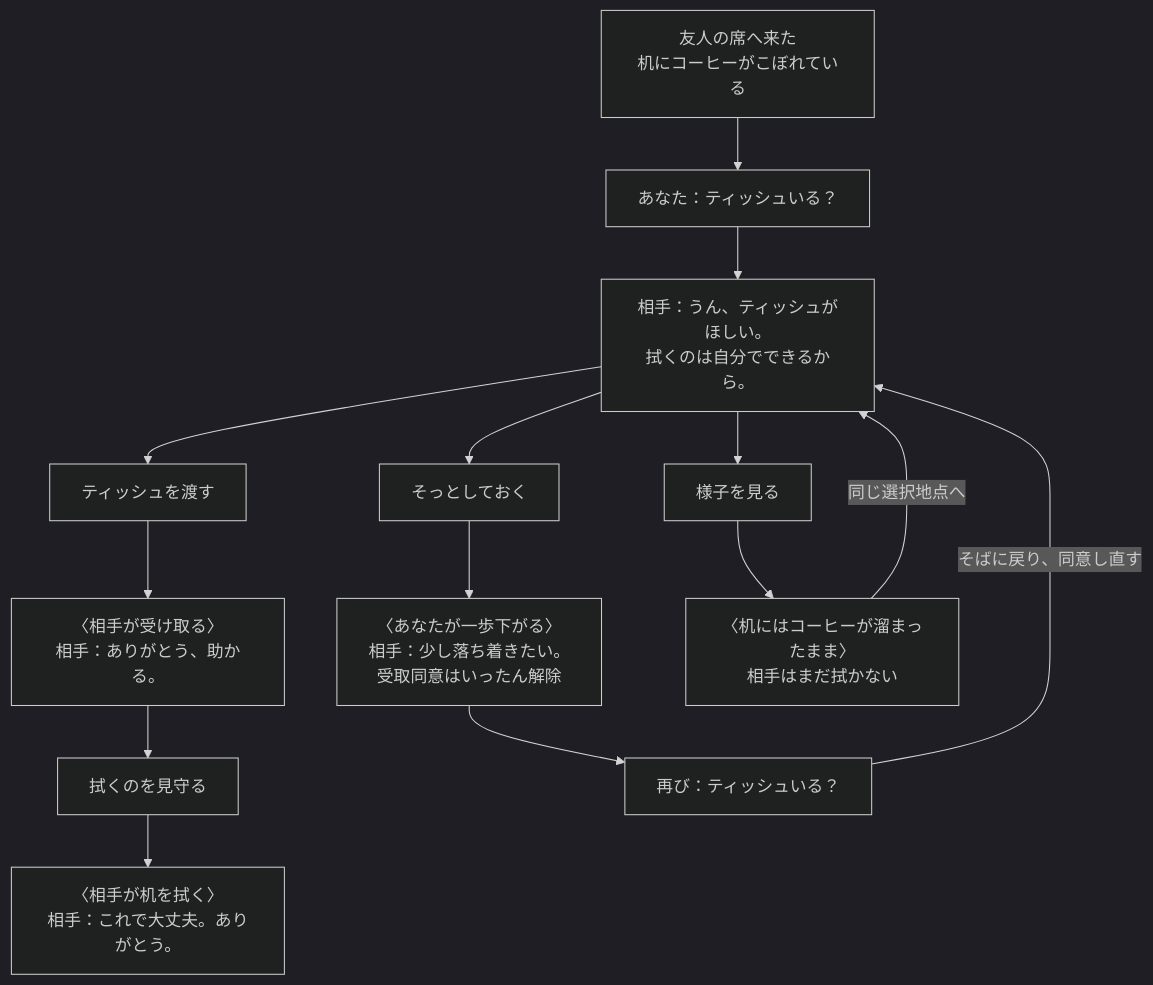
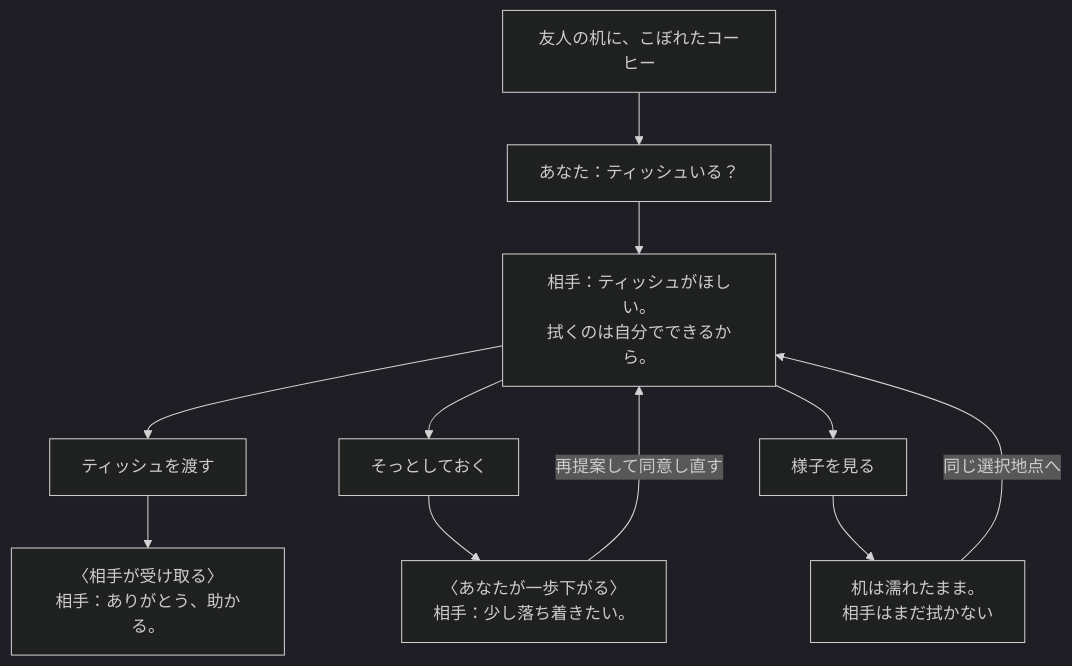
The first of 4 diagrams in docs/COFFEE_FLOW.md (shirai-masatomo/whitespace), drawn with Mermaid (dark theme) before and after one commit. The commit also changed other lines of this file and 1 other file, not shown here.

Commit message:
Keep tissue diagram focused on the second-choice branches

````diff
--- a/docs/COFFEE_FLOW.md
+++ b/docs/COFFEE_FLOW.md
@@ -9,16 +9,13 @@
 ```mermaid
 flowchart TB
-  start["友人の席へ来た<br/>机にコーヒーがこぼれている"] --> offer["あなた：ティッシュいる？"]
-  offer --> yes["相手：うん、ティッシュがほしい。<br/>拭くのは自分でできるから。"]
+  start["友人の机に、こぼれたコーヒー"] --> offer["あなた：ティッシュいる？"]
+  offer --> yes["相手：ティッシュがほしい。<br/>拭くのは自分でできるから。"]
   yes --> give["ティッシュを渡す"]
   yes --> space["そっとしておく"]
   yes --> watch["様子を見る"]
   give --> received["〈相手が受け取る〉<br/>相手：ありがとう、助かる。"]
-  received --> wait["拭くのを見守る"]
-  wait --> clean["〈相手が机を拭く〉<br/>相手：これで大丈夫。ありがとう。"]
-  space --> away["〈あなたが一歩下がる〉<br/>相手：少し落ち着きたい。<br/>受取同意はいったん解除"]
-  away --> again["再び：ティッシュいる？"]
-  again -->|"そばに戻り、同意し直す"| yes
-  watch --> wet["〈机にはコーヒーが溜まったまま〉<br/>相手はまだ拭かない"]
+  space --> away["〈あなたが一歩下がる〉<br/>相手：少し落ち着きたい。"]
+  away -->|"再提案して同意し直す"| yes
+  watch --> wet["机は濡れたまま。<br/>相手はまだ拭かない"]
   wet -->|"同じ選択地点へ"| yes
 ```
````
